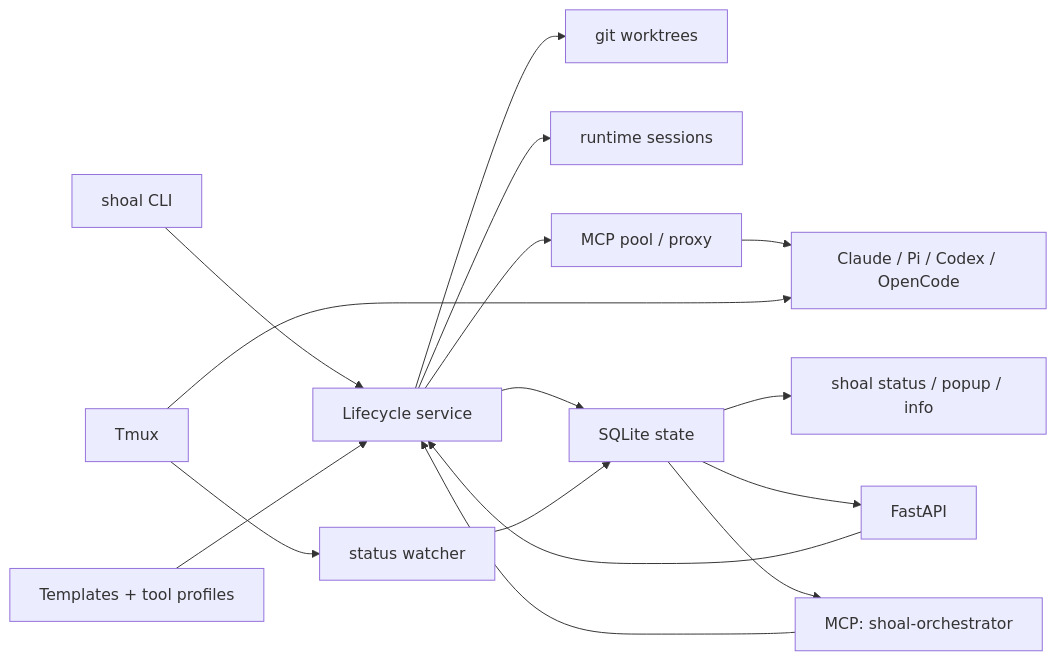
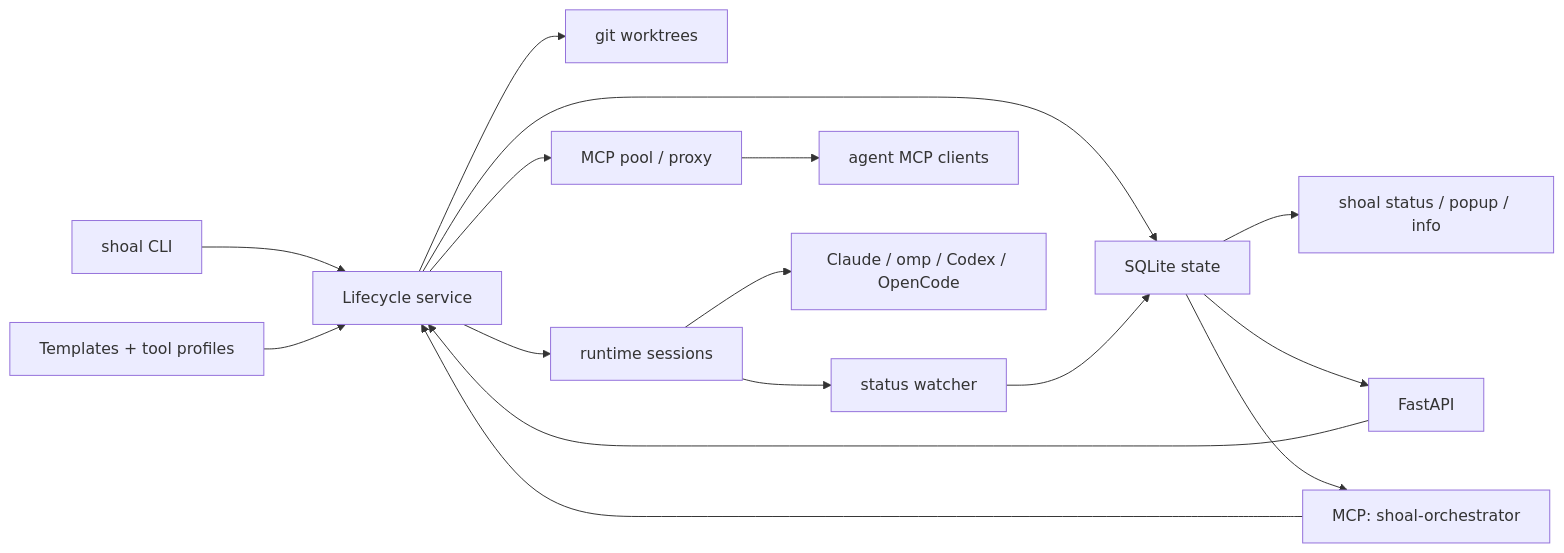
One commit to TheShoal/shoal-cli changed the first of 3 diagrams in docs/architecture.md. Above: the diagram before and after it, drawn with Mermaid. The commit also changed other lines of this file and 27 other files, not shown here.

````diff
--- a/docs/architecture.md
+++ b/docs/architecture.md
@@ -14,22 +14,22 @@
 ```mermaid
 flowchart LR
     CLI["shoal CLI"] --> Lifecycle["Lifecycle service"]
     Templates["Templates + tool profiles"] --> Lifecycle
     API["FastAPI"] --> Lifecycle
     MCP["MCP: shoal-orchestrator"] --> Lifecycle
 
     Lifecycle --> Worktrees["git worktrees"]
     Lifecycle --> Runtime["runtime sessions"]
     Lifecycle --> Pool["MCP pool / proxy"]
     Lifecycle --> DB["SQLite state"]
 
-    Tmux --> Watcher["status watcher"]
+    Runtime --> Watcher["status watcher"]
     Watcher --> DB
 
     DB --> Status["shoal status / popup / info"]
     DB --> API
     DB --> MCP
 
-    Pool --> AgentTools["agent MCP clients"]
-    Tmux --> AgentTools["Claude / Pi / Codex / OpenCode"]
+    Pool --> AgentMCP["agent MCP clients"]
+    Runtime --> Agents["Claude / omp / Codex / OpenCode"]
 ```
````
